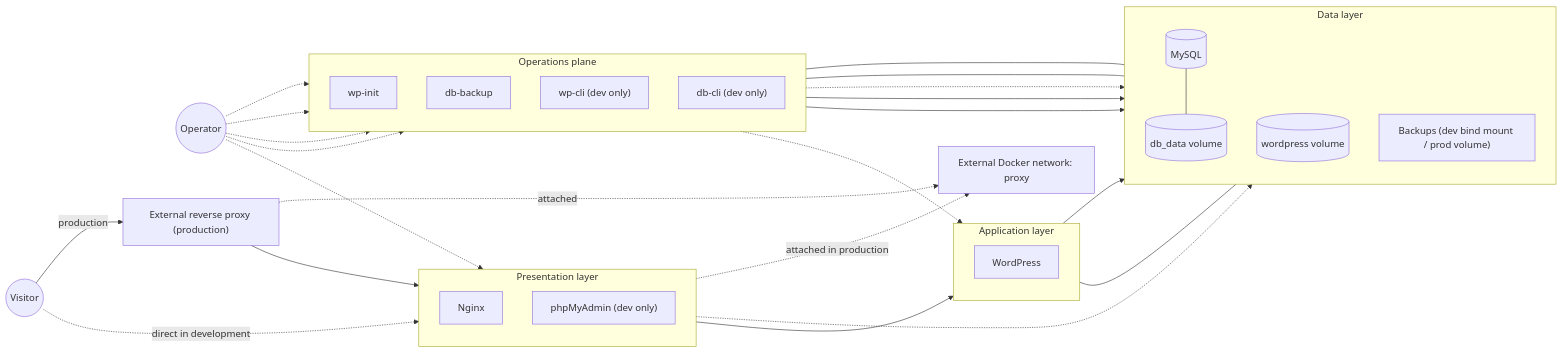
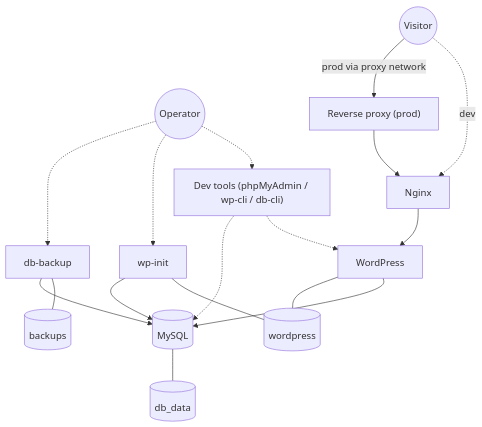
Before and after one commit to taygumus/wp-docker-stack: the second of 2 diagrams in README.md, drawn with Mermaid.

Commit message:
docs: compact mermaid diagram

````diff
--- a/README.md
+++ b/README.md
@@ -237,58 +237,33 @@
 ```mermaid
-flowchart LR
+flowchart TB
     Visitor((Visitor))
     Operator((Operator))
-    Proxy["External reverse proxy (production)"]
-    ProxyNet["External Docker network: proxy"]
+    Proxy["Reverse proxy (prod)"]
+    Nginx[Nginx]
+    WP[WordPress]
+    DB[(MySQL)]
+    V_DB[(db_data)]
+    V_WP[(wordpress)]
+    V_BKP[(backups)]
+    DevTools["Dev tools (phpMyAdmin / wp-cli / db-cli)"]
+    WP_INIT[wp-init]
+    DB_BACKUP[db-backup]
 
-    subgraph Edge["Presentation layer"]
-        direction TB
-        Nginx[Nginx]
-        PMA["phpMyAdmin (dev only)"]
-    end
-
-    subgraph App["Application layer"]
-        direction TB
-        WP[WordPress]
-    end
-
-    subgraph Data["Data layer"]
-        direction TB
-        DB[(MySQL)]
-        V_DB[(db_data volume)]
-        V_WP[(wordpress volume)]
-        V_BKP["Backups (dev bind mount / prod volume)"]
-    end
-
-    subgraph Ops["Operations plane"]
-        direction TB
-        WP_INIT[wp-init]
-        DB_BACKUP[db-backup]
-        WP_CLI["wp-cli (dev only)"]
-        DB_CLI["db-cli (dev only)"]
-    end
-
-    Visitor -. direct in development .-> Nginx
-    Visitor -->|production| Proxy --> Nginx
-    Proxy -. attached .-> ProxyNet
-    Nginx -. attached in production .-> ProxyNet
-
+    Visitor -. dev .-> Nginx
+    Visitor -->|prod via proxy network| Proxy --> Nginx
     Nginx --> WP --> DB
 
     DB --- V_DB
     WP --- V_WP
     WP_INIT --- V_WP
     DB_BACKUP --- V_BKP
 
-    PMA -.-> DB
-    WP_CLI -.-> WP
-    DB_CLI -.-> DB
+    DevTools -.-> WP
+    DevTools -.-> DB
+    Operator -.-> DevTools
+    Operator -.-> WP_INIT
+    Operator -.-> DB_BACKUP
+
     WP_INIT --> DB
     DB_BACKUP --> DB
-
-    Operator -.-> PMA
-    Operator -.-> WP_CLI
-    Operator -.-> DB_CLI
-    Operator -.-> WP_INIT
-    Operator -.-> DB_BACKUP
 ```
````
